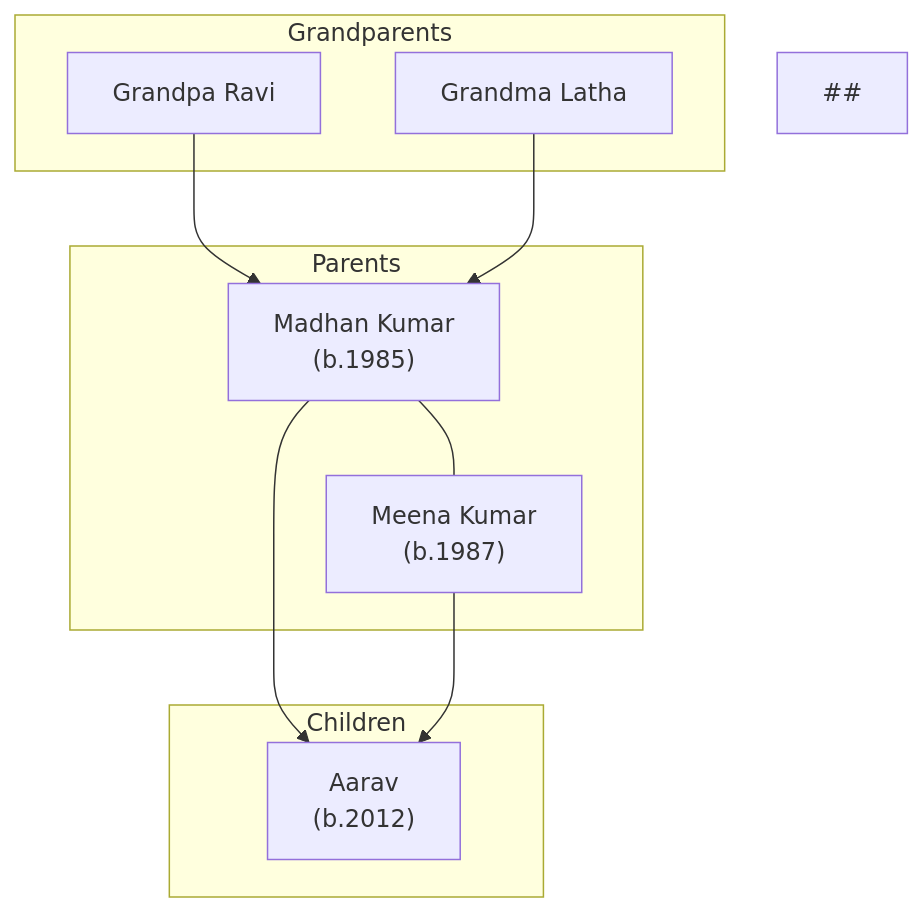
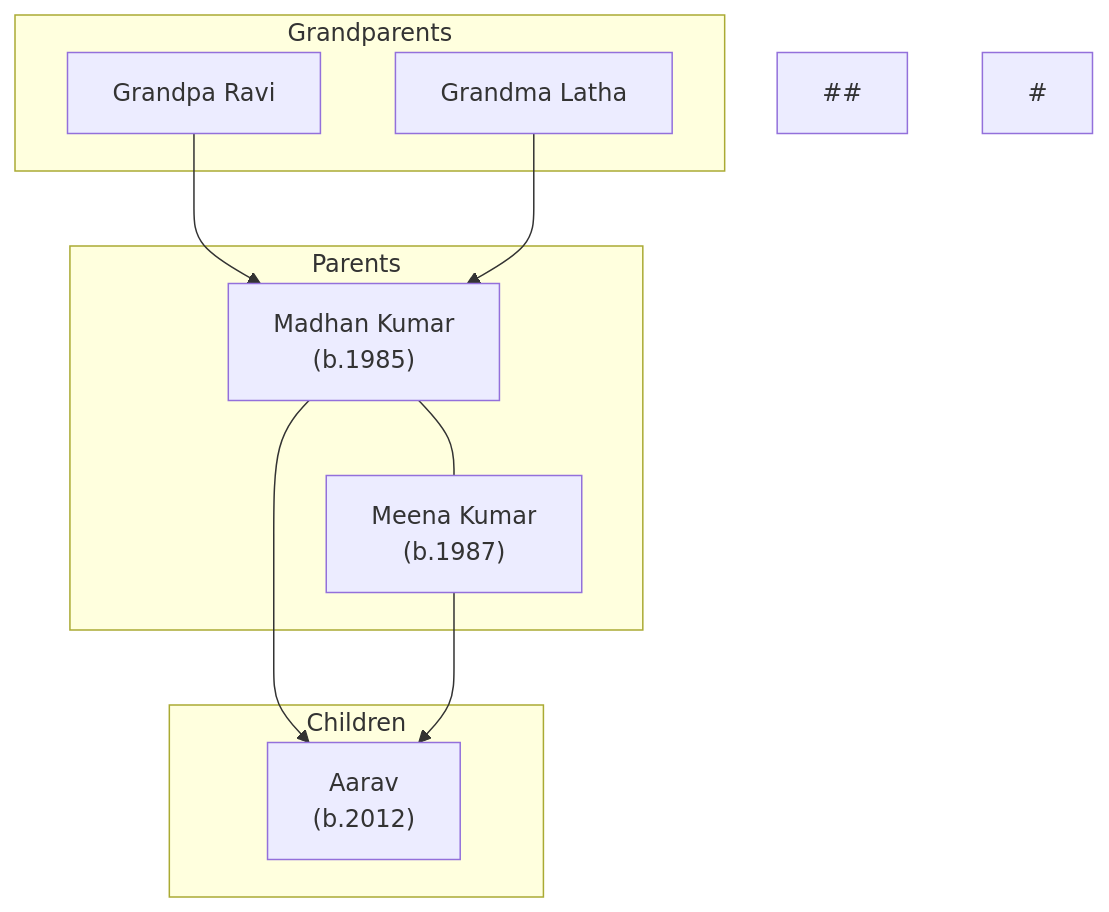
The diagram in docs/family.mmd (madhankumar866/family-tree-genealogy-system), drawn with Mermaid before and after one commit.

```diff
--- a/docs/family.mmd
+++ b/docs/family.mmd
@@ -1,21 +1,22 @@
 flowchart TB
   subgraph G0["Grandparents"]
     GP1["Grandpa Ravi"]
     GP2["Grandma Latha"]
   end
 
   subgraph G1["Parents"]
     P1["Madhan Kumar\n(b.1985)"]
     P2["Meena Kumar\n(b.1987)"]
   end
 
   subgraph G2["Children"]
     C1["Aarav\n(b.2012)"]
   end
 
   GP1 --> P1
   GP2 --> P1
   P1 --> C1
   P2 --> C1
   P1 --- P2
 ##
+#
```
